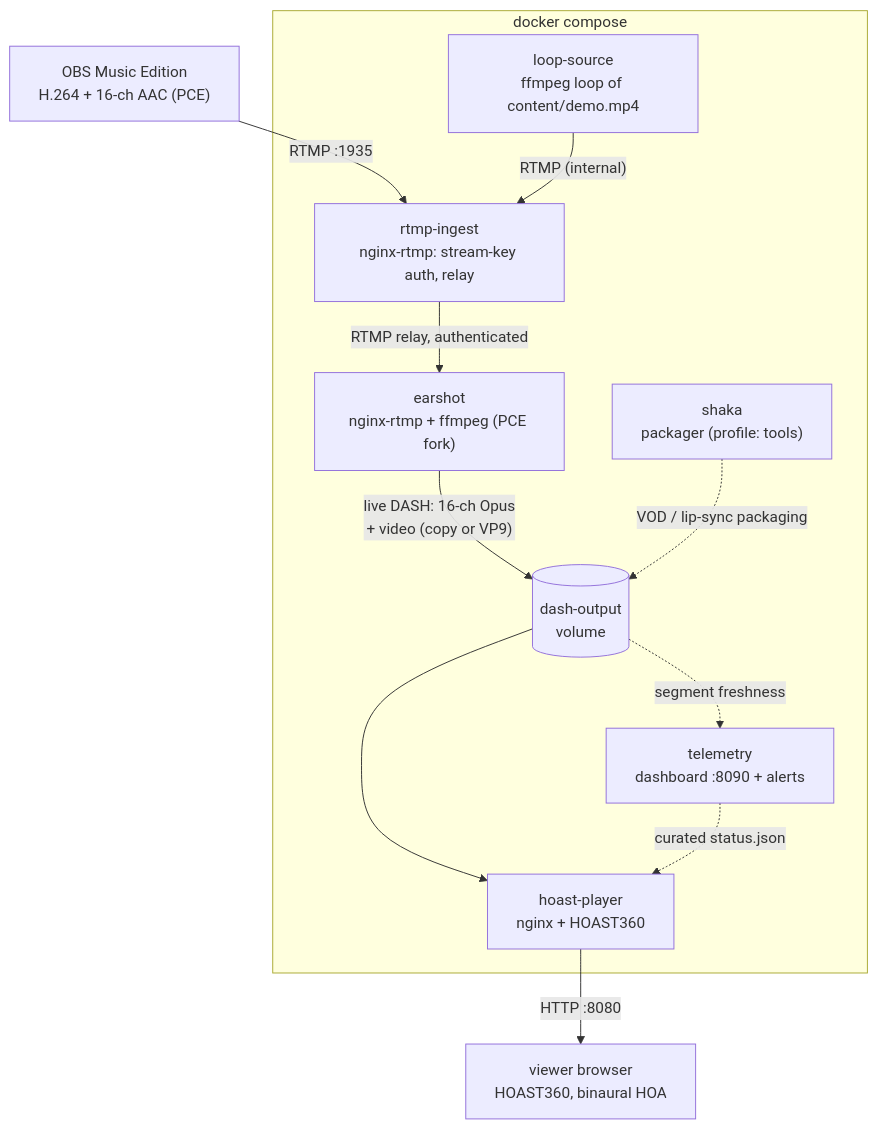
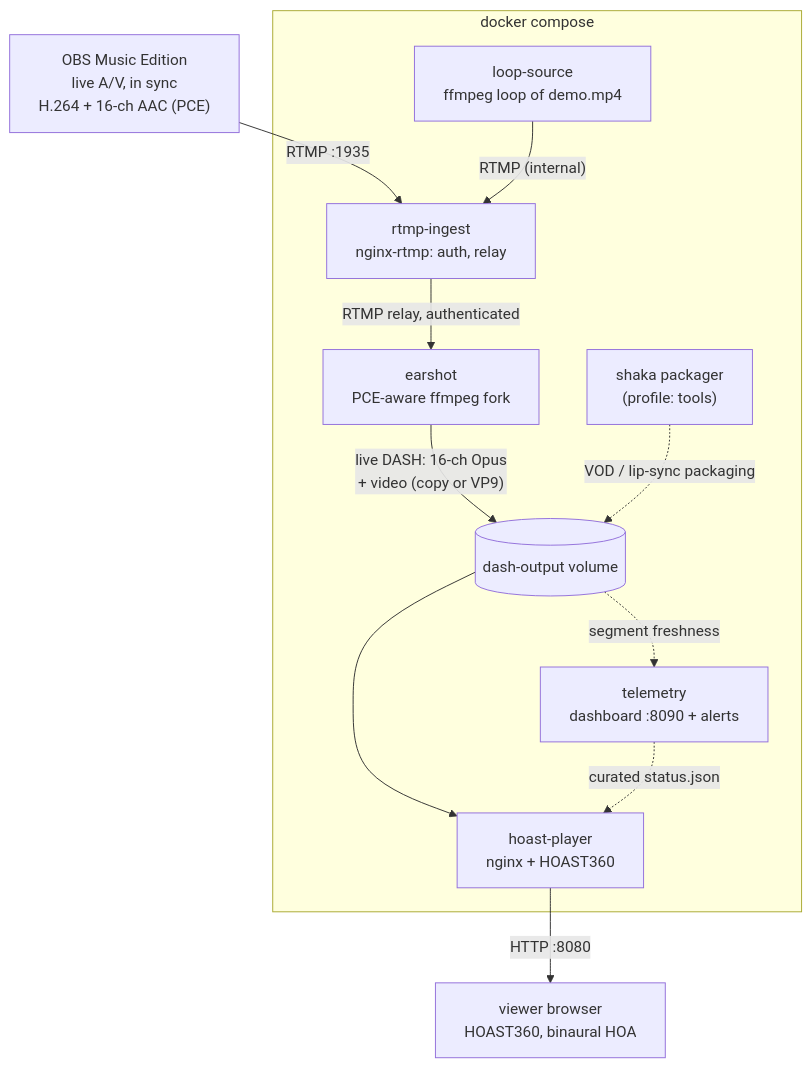
One commit to mormegil6/ambisonic-box changed the diagram in README.md. Above: the diagram before and after it, drawn with Mermaid. The commit also changed other lines of this file, not shown here.

Commit message:
README: fix the diagram's label breaks, and say what PCE and the volume are
Every box now breaks where it should: rtmp-ingest and earshot no longer spill a
single word onto a third line, shaka reads 'shaka packager' then its profile
rather than 'shaka' alone, and dash-output sits on one line. Mermaid wraps node
text at roughly 24 characters, so the fix is keeping each line under that rather
than adding <br/>, which does not stop it re-wrapping.

OBS now says 'live A/V, in sync', which is the thing that distinguishes it from
loop-source: it is real content with picture and sound captured together, not a
file on repeat.

'PCE fork' meant nothing on its own, so the prose now explains it - AAC has no
predefined 16-channel layout, so the layout must be spelled out in a Program
Config Element, and stock ffmpeg will not write one. Also spelled out that
dash-output is a Docker volume, not anything to do with level.

Side effect: 834x1107, so the diagram now fits the content column without being
scaled down at all. Type renders full size, against 91% before and 52% when it
was still a wide LR chain.

````diff
--- a/README.md
+++ b/README.md
@@ -13,26 +13,26 @@
 ```mermaid
 flowchart TD
-    OBS["OBS Music Edition<br/>H.264 + 16-ch AAC (PCE)"]
+    OBS["OBS Music Edition<br/>live A/V, in sync<br/>H.264 + 16-ch AAC (PCE)"]
 
     subgraph COMPOSE["docker compose"]
-        INGEST["rtmp-ingest<br/>nginx-rtmp: stream-key auth, relay"]
-        LOOP["loop-source<br/>ffmpeg loop of content/demo.mp4"]
-        EARSHOT["earshot<br/>nginx-rtmp + ffmpeg (PCE fork)"]
-        VOL[("dash-output<br/>volume")]
-        SHAKA["shaka<br/>packager (profile: tools)"]
+        INGEST["rtmp-ingest<br/>nginx-rtmp: auth, relay"]
+        LOOP["loop-source<br/>ffmpeg loop of demo.mp4"]
+        EARSHOT["earshot<br/>PCE-aware ffmpeg fork"]
+        VOL[("dash-output volume")]
+        SHAKA["shaka packager<br/>(profile: tools)"]
         TELEM["telemetry<br/>dashboard :8090 + alerts"]
         PLAYER["hoast-player<br/>nginx + HOAST360"]
     end
 
     VIEWER["viewer browser<br/>HOAST360, binaural HOA"]
 
     OBS -- "RTMP :1935" --> INGEST
     LOOP -- "RTMP (internal)" --> INGEST
     INGEST -- "RTMP relay, authenticated" --> EARSHOT
     EARSHOT -- "live DASH: 16-ch Opus<br/>+ video (copy or VP9)" --> VOL
     SHAKA -. "VOD / lip-sync packaging" .-> VOL
     VOL --> PLAYER
     VOL -. "segment freshness" .-> TELEM
     TELEM -. "curated status.json" .-> PLAYER
     PLAYER -- "HTTP :8080" --> VIEWER
 ```
````
